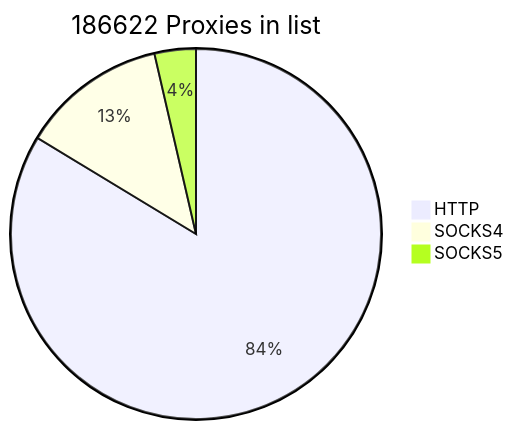
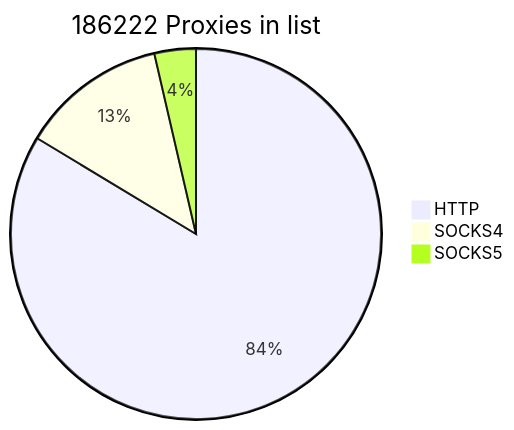
The first of 2 diagrams in README.md (cutipu/proxylist), drawn with Mermaid before and after one commit. The commit also changed other lines of this file, not shown here.

````diff
--- a/README.md
+++ b/README.md
@@ -2,7 +2,7 @@
 ```mermaid
-pie title 186622 Proxies in list
-    "HTTP" : 156145
-    "SOCKS4" : 23744
+pie title 186222 Proxies in list
+    "HTTP" : 155746
+    "SOCKS4" : 23743
     "SOCKS5" : 6733
             
 ```
````
